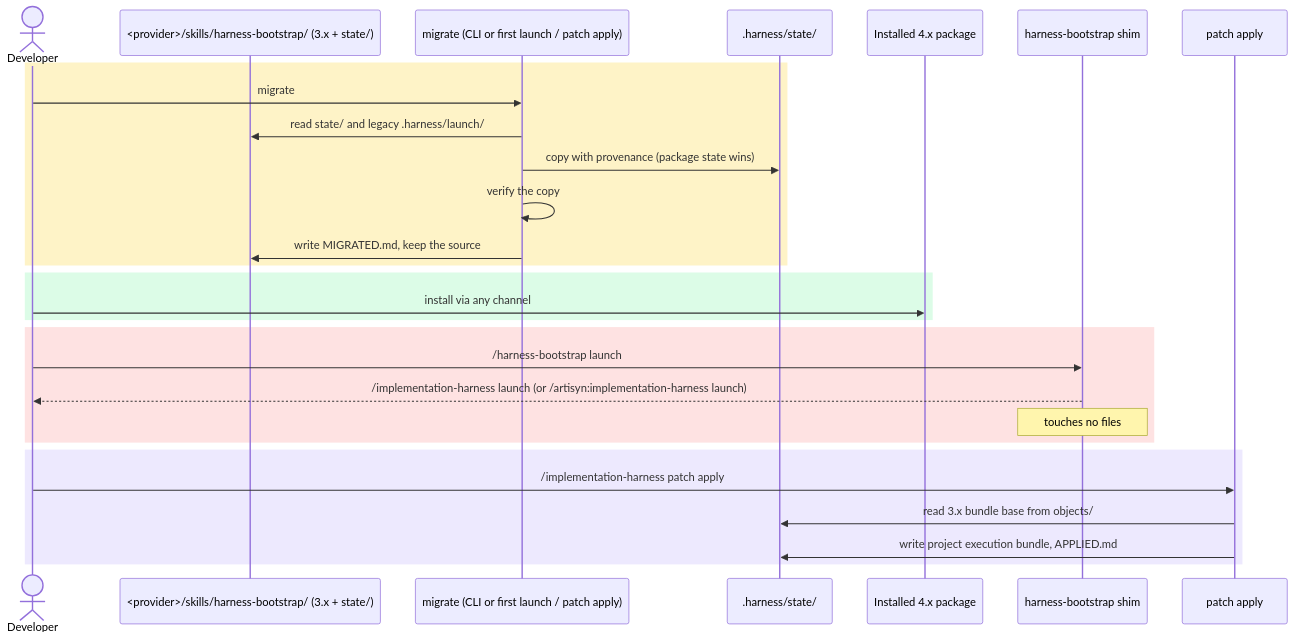
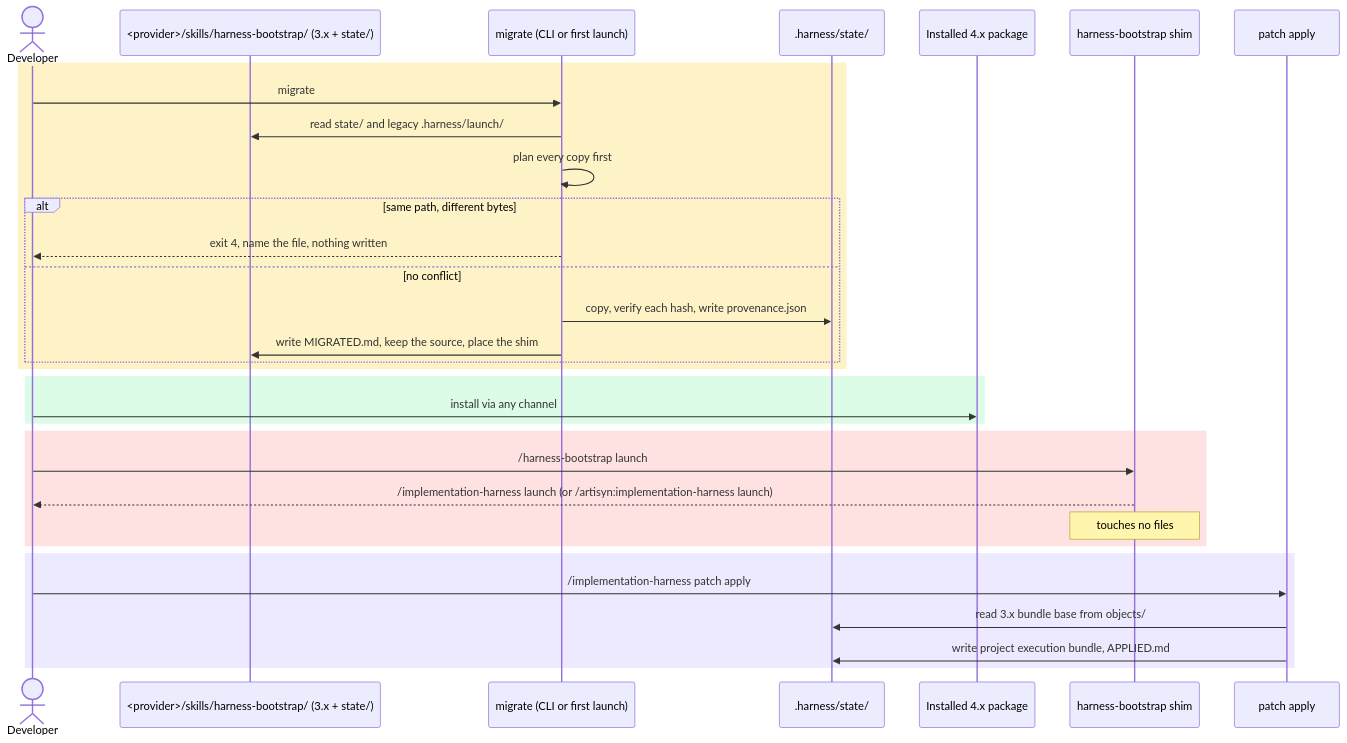
One commit to DataArt/artisyn-implementation-harness changed the diagram in docs/Harness/09 Distribution/02 Update and Migration.md. Above: the diagram before and after it, drawn with Mermaid. The commit also changed other lines of this file and 36 other files, not shown here.

First line of the commit message:
docs(architecture): describe harness distribution, the release pipeline and its runbook

````diff
--- a/docs/Harness/09 Distribution/02 Update and Migration.md
+++ b/docs/Harness/09 Distribution/02 Update and Migration.md
@@ -68,31 +73,35 @@
 ```mermaid
 sequenceDiagram
     actor Dev as Developer
     participant OLD as <provider>/skills/harness-bootstrap/ (3.x + state/)
-    participant MIG as migrate (CLI or first launch / patch apply)
+    participant MIG as migrate (CLI or first launch)
     participant ST as .harness/state/
     participant NEW as Installed 4.x package
     participant SH as harness-bootstrap shim
     participant PA as patch apply
 
     rect rgb(254, 243, 199)
         Dev->>MIG: migrate
         MIG->>OLD: read state/ and legacy .harness/launch/
-        MIG->>ST: copy with provenance (package state wins)
-        MIG->>MIG: verify the copy
-        MIG->>OLD: write MIGRATED.md, keep the source
+        MIG->>MIG: plan every copy first
+        alt same path, different bytes
+            MIG-->>Dev: exit 4, name the file, nothing written
+        else no conflict
+            MIG->>ST: copy, verify each hash, write provenance.json
+            MIG->>OLD: write MIGRATED.md, keep the source, place the shim
+        end
     end
     rect rgb(220, 252, 231)
         Dev->>NEW: install via any channel
     end
     rect rgb(254, 226, 226)
         Dev->>SH: /harness-bootstrap launch
         SH-->>Dev: /implementation-harness launch (or /artisyn:implementation-harness launch)
         Note over SH: touches no files
     end
     rect rgb(237, 233, 254)
         Dev->>PA: /implementation-harness patch apply
         PA->>ST: read 3.x bundle base from objects/
         PA->>ST: write project execution bundle, APPLIED.md
     end
 ```
````
